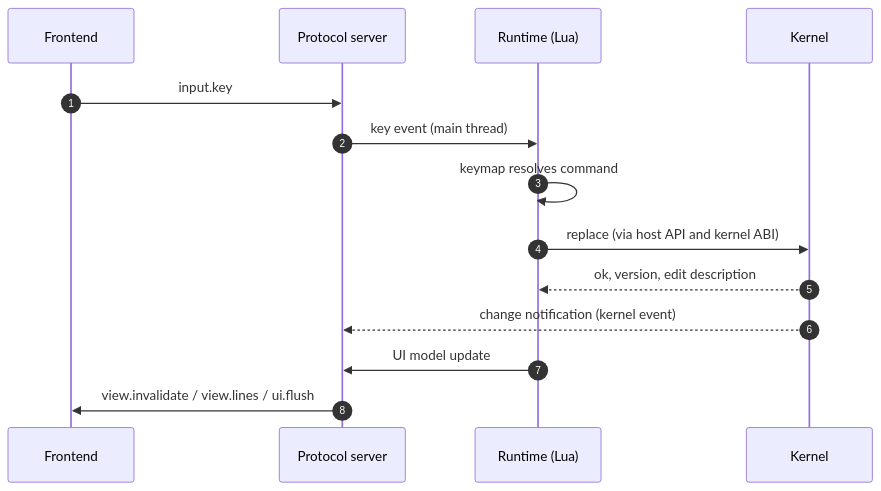
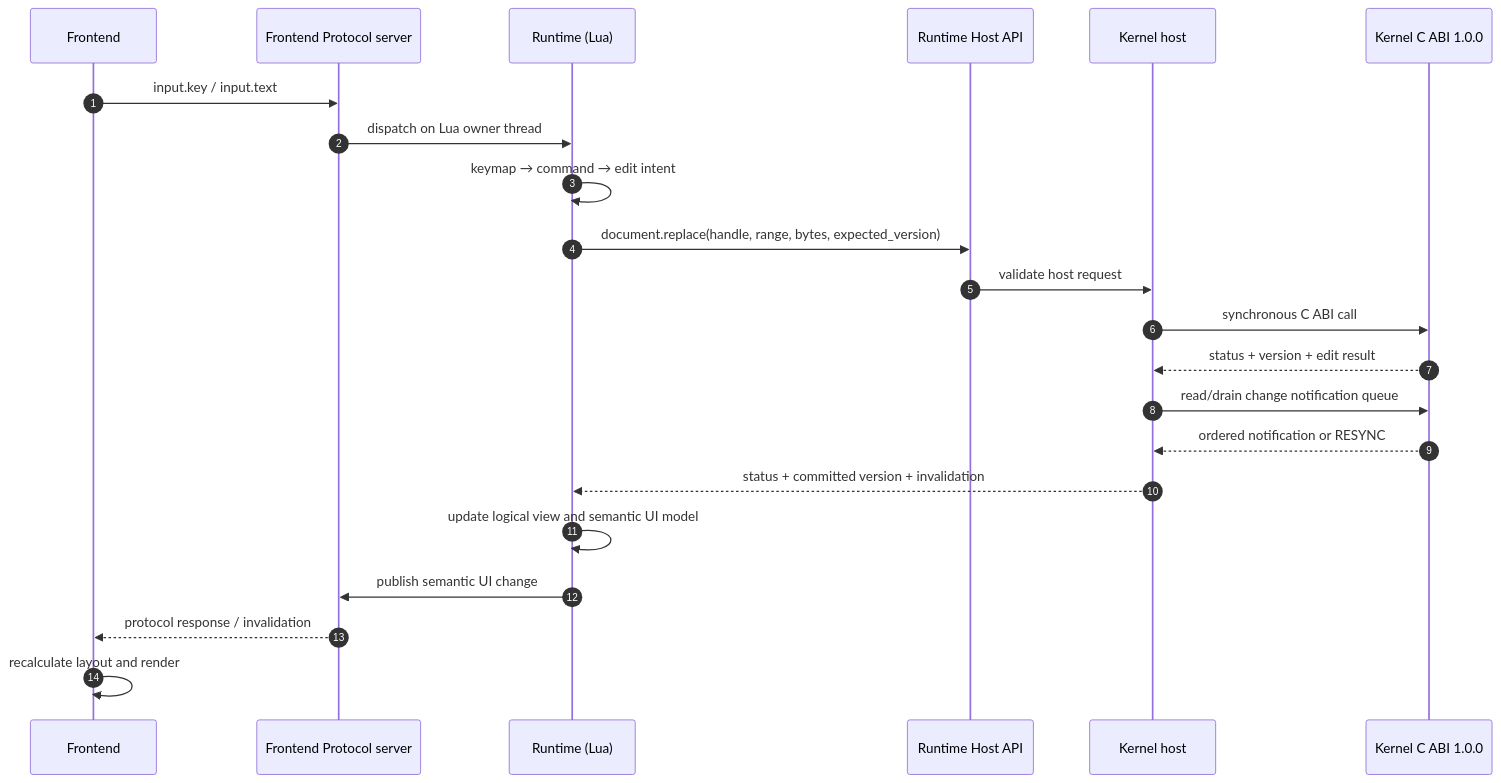
Before and after one commit to cdin-editor/spec: the second of 2 diagrams in docs/components/backend.md, drawn with Mermaid. The commit also changed other lines of this file and 19 other files, not shown here.

````diff
--- a/docs/components/backend.md
+++ b/docs/components/backend.md
@@ -76,16 +90,25 @@
 ```mermaid
 sequenceDiagram
     autonumber
     participant F as Frontend
-    participant P as Protocol server
+    participant P as Frontend Protocol server
     participant R as Runtime (Lua)
-    participant K as Kernel
-    F->>P: input.key
-    P->>R: key event (main thread)
-    R->>R: keymap resolves command
-    R->>K: replace (via host API and kernel ABI)
-    K-->>R: ok, version, edit description
-    K-->>P: change notification (kernel event)
-    R->>P: UI model update
-    P->>F: view.invalidate / view.lines / ui.flush
+    participant H as Runtime Host API
+    participant KH as Kernel host
+    participant K as Kernel C ABI 1.0.0
+
+    F->>P: input.key / input.text
+    P->>R: dispatch on Lua owner thread
+    R->>R: keymap → command → edit intent
+    R->>H: document.replace(handle, range, bytes, expected_version)
+    H->>KH: validate host request
+    KH->>K: synchronous C ABI call
+    K-->>KH: status + version + edit result
+    KH->>K: read/drain change notification queue
+    K-->>KH: ordered notification or RESYNC
+    KH-->>R: status + committed version + invalidation
+    R->>R: update logical view and semantic UI model
+    R->>P: publish semantic UI change
+    P-->>F: protocol response / invalidation
+    F->>F: recalculate layout and render
 ```
````
